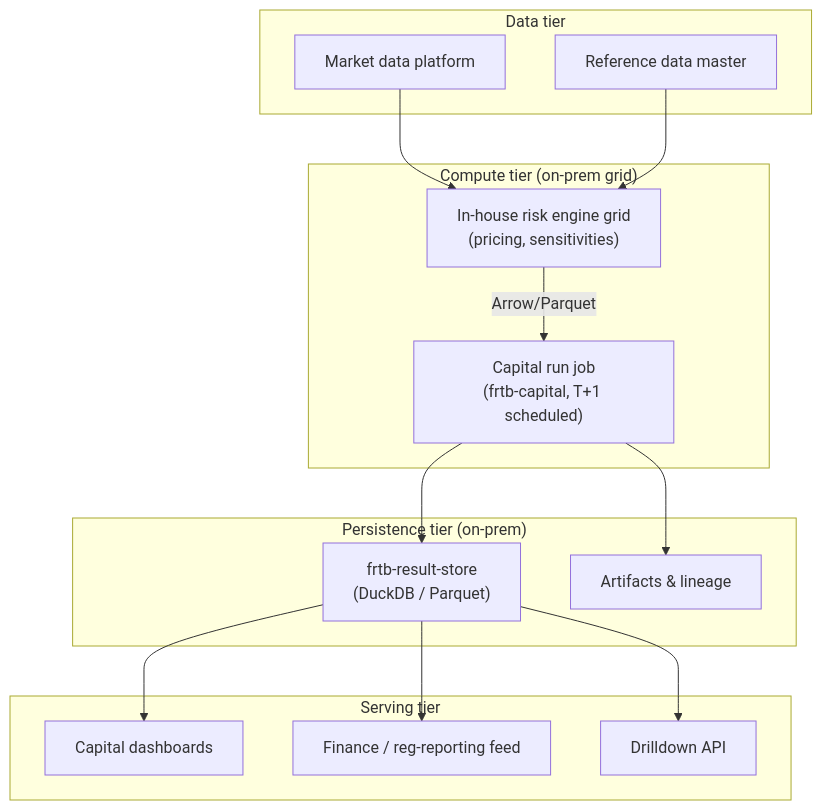
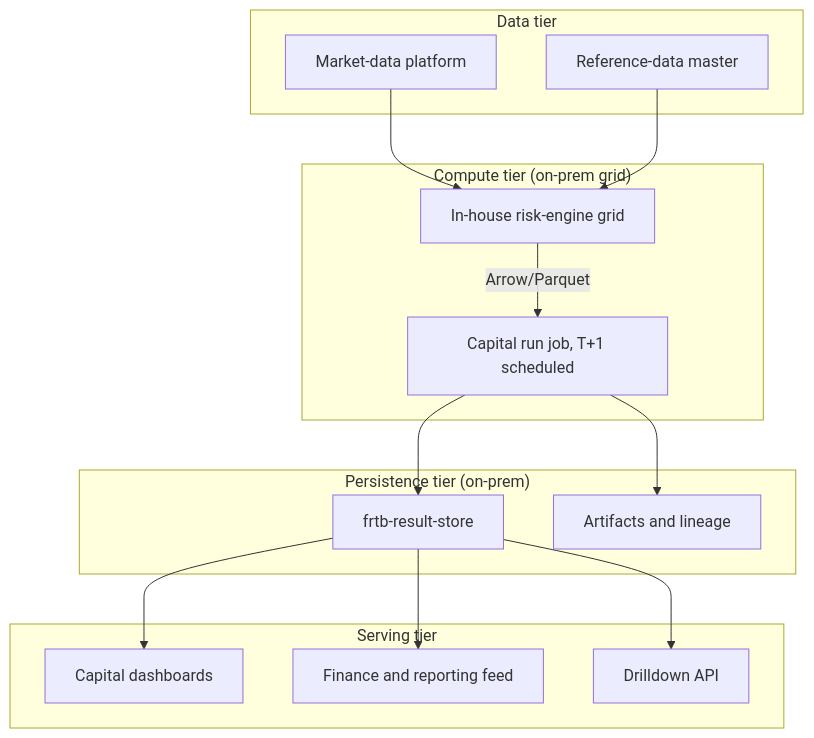
Before and after one commit to tomanizer/frtb-capital: the ninth of 9 diagrams in docs/FRTB_TARGET_OPERATING_MODEL.md, drawn with Mermaid. The commit also changed other lines of this file and 1 other file, not shown here.

First line of the commit message:
docs: rewrite FRTB TOM for readability; split out decision log (#661)

````diff
--- a/docs/FRTB_TARGET_OPERATING_MODEL.md
+++ b/docs/FRTB_TARGET_OPERATING_MODEL.md
@@ -675,29 +603,29 @@
 ```mermaid
 flowchart TB
     subgraph DATA["Data tier"]
-        MDP["Market data platform"]
-        REFD["Reference data master"]
+        MDP["Market-data platform"]
+        REFD["Reference-data master"]
     end
     subgraph COMPUTE["Compute tier (on-prem grid)"]
-        RENG["In-house risk engine grid<br/>(pricing, sensitivities)"]
-        CAPJOB["Capital run job<br/>(frtb-capital, T+1 scheduled)"]
+        RENG["In-house risk-engine grid"]
+        CAPJOB["Capital run job, T+1 scheduled"]
     end
     subgraph PERSIST["Persistence tier (on-prem)"]
-        RSTORE["frtb-result-store<br/>(DuckDB / Parquet)"]
-        ART["Artifacts & lineage"]
+        RSTORE["frtb-result-store"]
+        ART["Artifacts and lineage"]
     end
     subgraph SERVE["Serving tier"]
         DASH["Capital dashboards"]
-        FEED["Finance / reg-reporting feed"]
+        FEED["Finance and reporting feed"]
         API["Drilldown API"]
     end
 
     MDP --> RENG
     REFD --> RENG
     RENG -->|Arrow/Parquet| CAPJOB
     CAPJOB --> RSTORE
     CAPJOB --> ART
     RSTORE --> DASH
     RSTORE --> FEED
     RSTORE --> API
 ```
````
